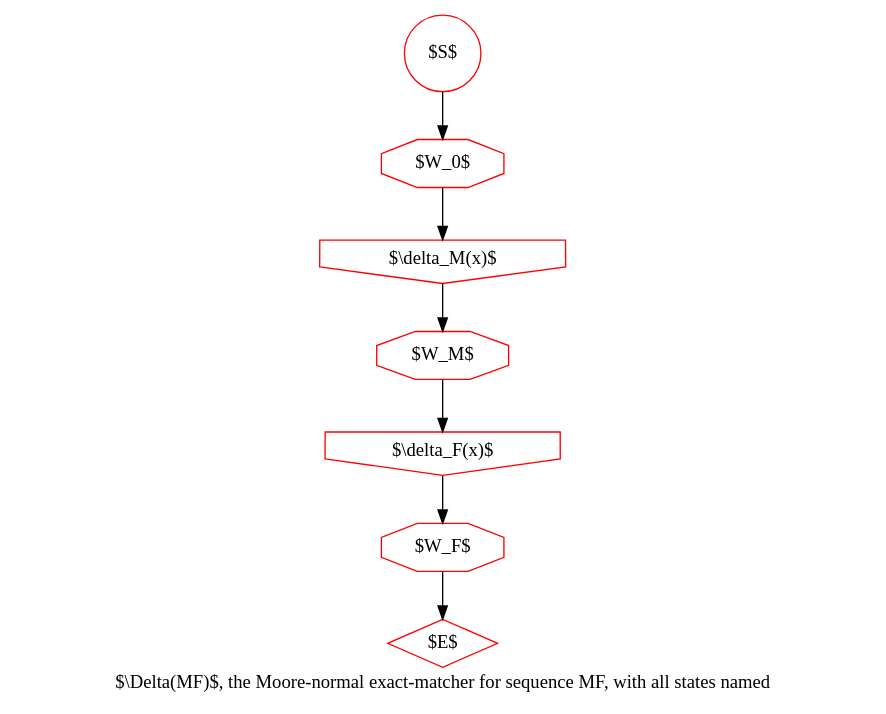
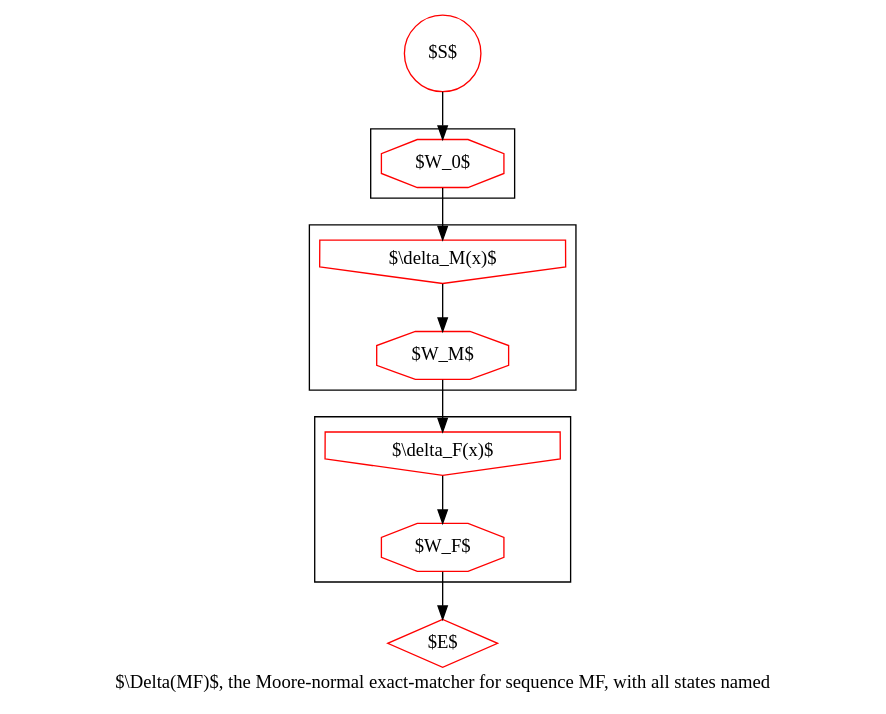
The diagram in mf-labeled.dot (ihh/transducer-tutorial), drawn with Graphviz before and after one commit. The commit also changed 7 other files, not shown here.

```diff
--- a/mf-labeled.dot
+++ b/mf-labeled.dot
@@ -1,15 +1,20 @@
 digraph G {
     S [label="$S$", shape=circle, color=red];
     E [label="$E$", shape=diamond, color=red];
 
-    W0 [label="$W_0$", shape=octagon, color=red];
+subgraph cluster_0 {
+	W0 [label="$W_0$", shape=octagon, color=red];
+}
+subgraph cluster_1 {
     W1 [label="$W_M$", shape=octagon, color=red];
+    D1 [label="$\\delta_M(x)$", shape=invhouse, color=red];
+}
+subgraph cluster_2 {
     W2 [label="$W_F$", shape=octagon, color=red];
-
-    D1 [label="$\\delta_M(x)$", shape=invhouse, color=red];
     D2 [label="$\\delta_F(x)$", shape=invhouse, color=red];
+}
 
 S->W0->D1->W1->D2->W2->E;
 
     label="$\\Delta(MF)$, the Moore-normal exact-matcher for sequence MF, with all states named";
 }
```
